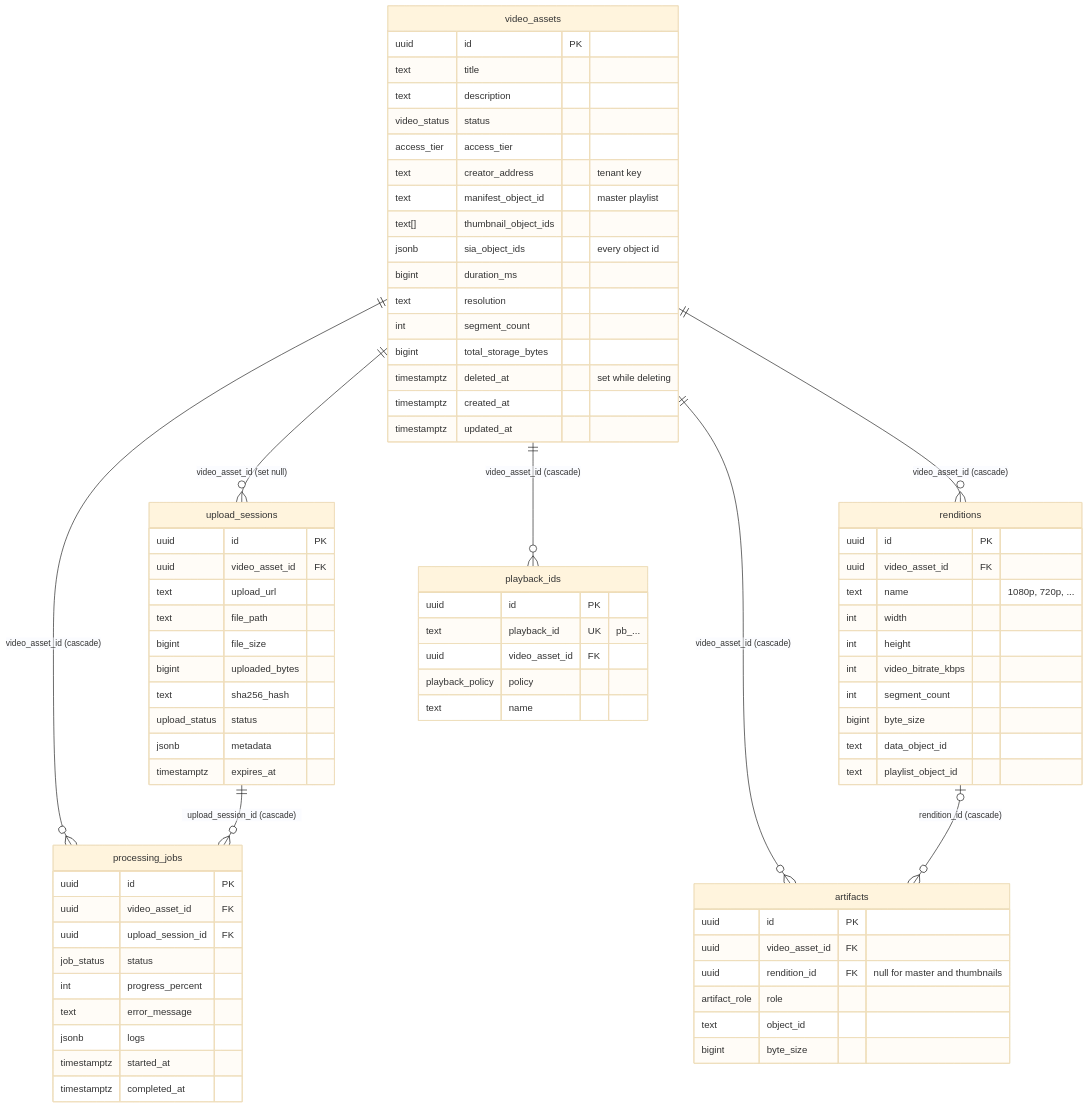
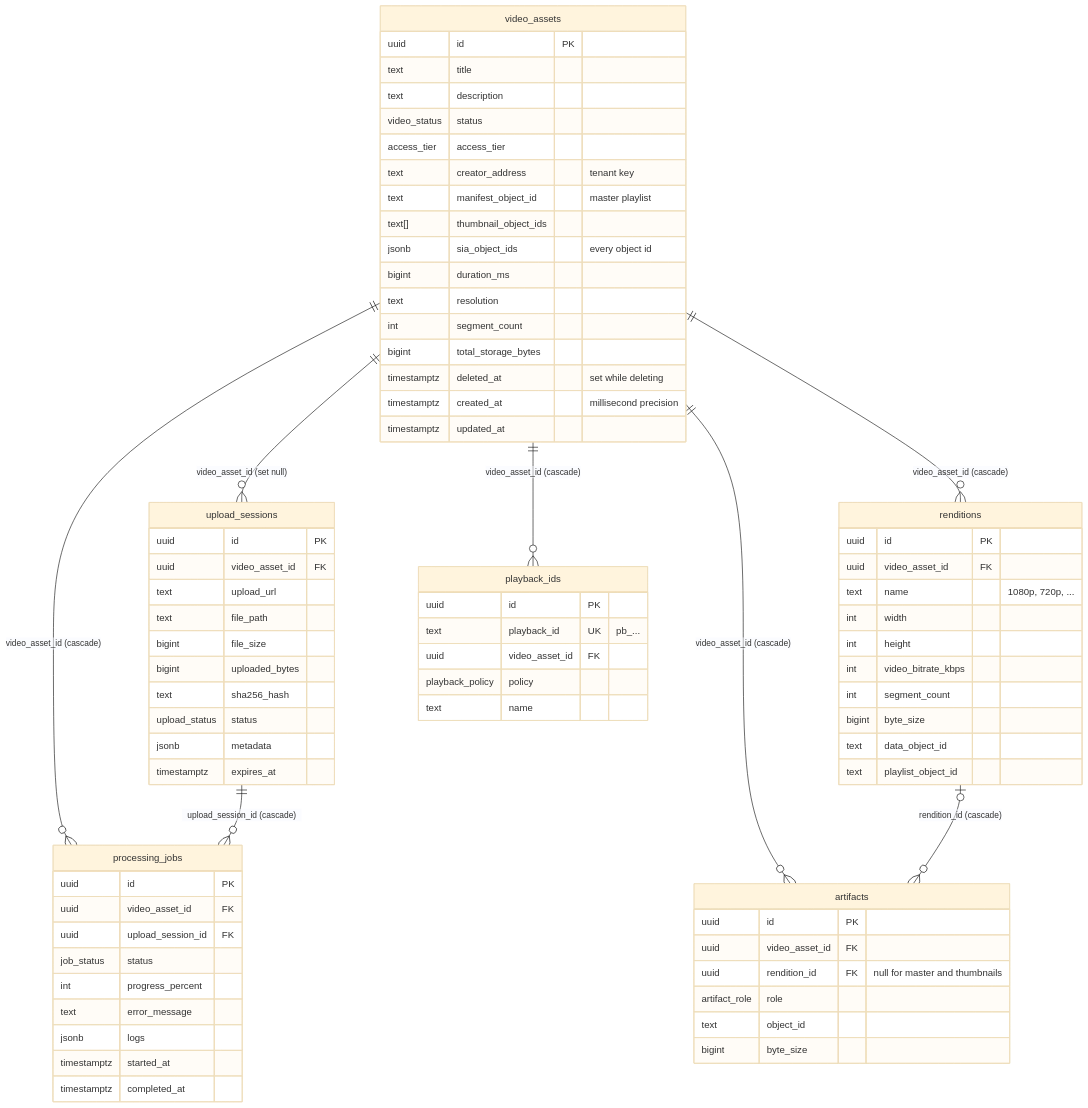
One commit to justmert/Sluby changed the first of 2 diagrams in docs/architecture/data-model.md. Above: the diagram before and after it, drawn with Mermaid (base theme). The commit also changed other lines of this file and 8 other files, not shown here.

Commit message:
page the asset listing on a millisecond created_at index and index the foreign keys deletes and sweeps filter on

````diff
--- a/docs/architecture/data-model.md
+++ b/docs/architecture/data-model.md
@@ -11,80 +11,80 @@
 ```mermaid
 erDiagram
   direction TB
   video_assets ||--o{ upload_sessions : "video_asset_id (set null)"
   video_assets ||--o{ processing_jobs : "video_asset_id (cascade)"
   upload_sessions ||--o{ processing_jobs : "upload_session_id (cascade)"
   video_assets ||--o{ renditions : "video_asset_id (cascade)"
   video_assets ||--o{ artifacts : "video_asset_id (cascade)"
   renditions |o--o{ artifacts : "rendition_id (cascade)"
   video_assets ||--o{ playback_ids : "video_asset_id (cascade)"
 
   video_assets {
     uuid id PK
     text title
     text description
     video_status status
     access_tier access_tier
     text creator_address "tenant key"
     text manifest_object_id "master playlist"
     text[] thumbnail_object_ids
     jsonb sia_object_ids "every object id"
     bigint duration_ms
     text resolution
     int segment_count
     bigint total_storage_bytes
     timestamptz deleted_at "set while deleting"
-    timestamptz created_at
+    timestamptz created_at "millisecond precision"
     timestamptz updated_at
   }
   upload_sessions {
     uuid id PK
     uuid video_asset_id FK
     text upload_url
     text file_path
     bigint file_size
     bigint uploaded_bytes
     text sha256_hash
     upload_status status
     jsonb metadata
     timestamptz expires_at
   }
   processing_jobs {
     uuid id PK
     uuid video_asset_id FK
     uuid upload_session_id FK
     job_status status
     int progress_percent
     text error_message
     jsonb logs
     timestamptz started_at
     timestamptz completed_at
   }
   renditions {
     uuid id PK
     uuid video_asset_id FK
     text name "1080p, 720p, ..."
     int width
     int height
     int video_bitrate_kbps
     int segment_count
     bigint byte_size
     text data_object_id
     text playlist_object_id
   }
   artifacts {
     uuid id PK
     uuid video_asset_id FK
     uuid rendition_id FK "null for master and thumbnails"
     artifact_role role
     text object_id
     bigint byte_size
   }
   playback_ids {
     uuid id PK
     text playback_id UK "pb_..."
     uuid video_asset_id FK
     playback_policy policy
     text name
   }
 ```
````
